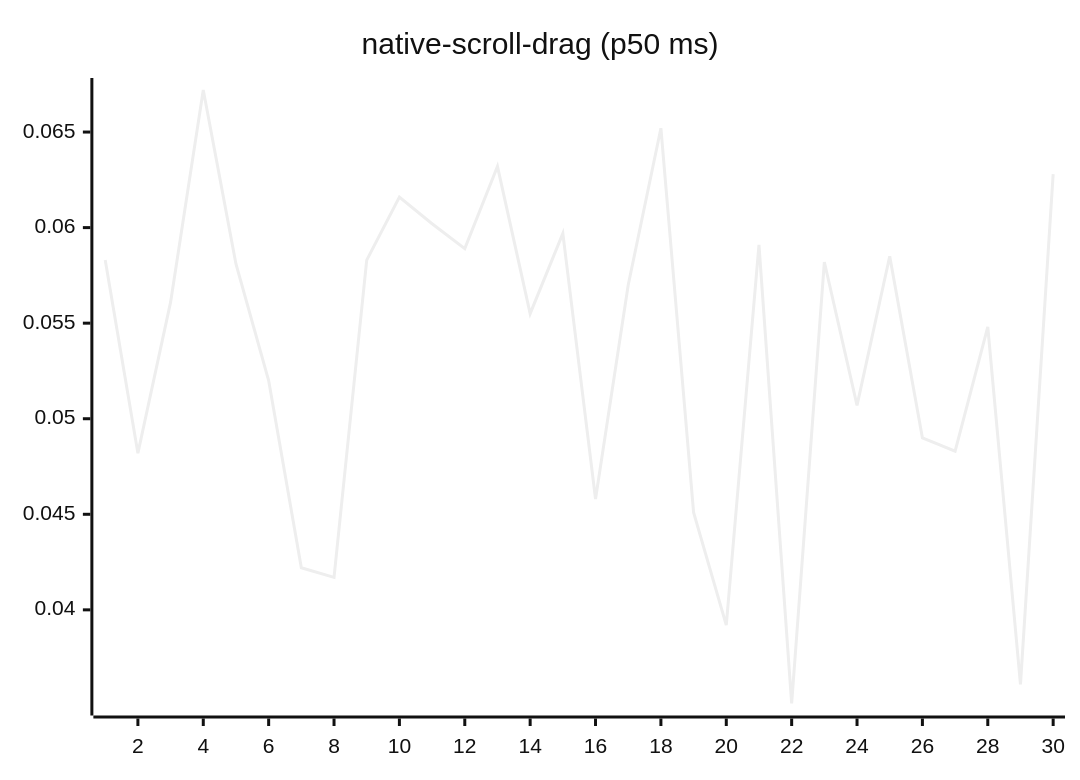
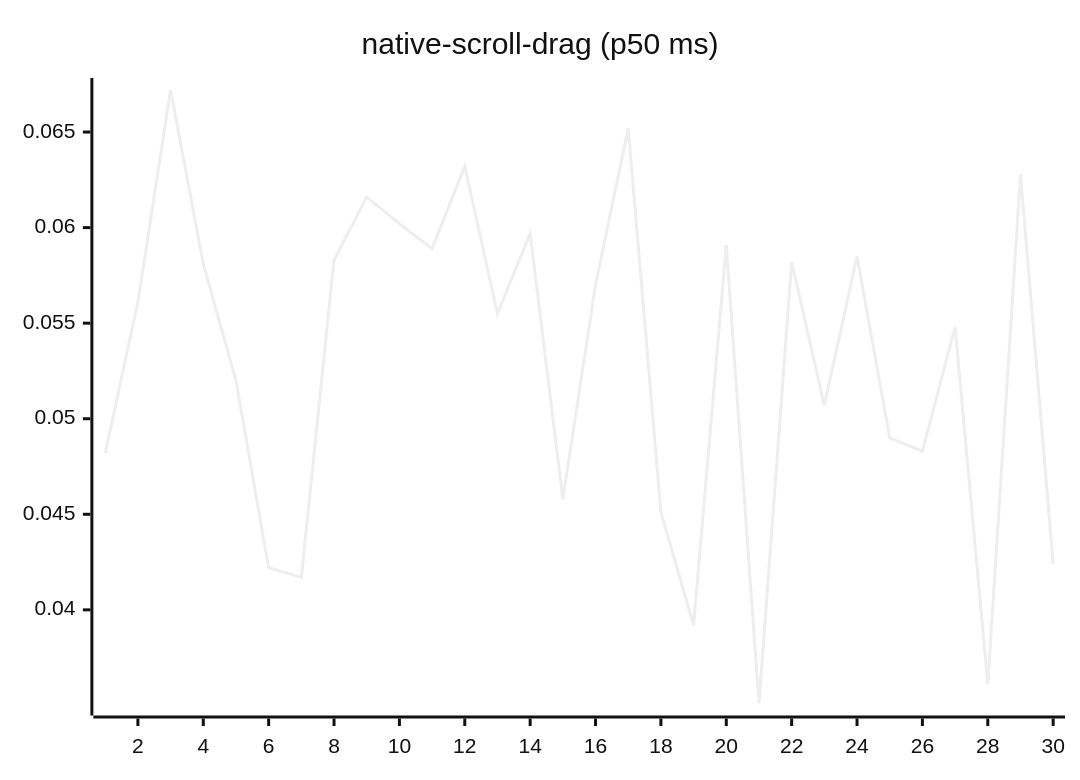
Before and after one commit to josha/Facet: diagram 14 of 27 in README.md, drawn with Mermaid (neutral theme). The commit also changed other lines of this file and 2 other files, not shown here.

````diff
--- a/README.md
+++ b/README.md
@@ -154,6 +154,6 @@
 ```mermaid
 xychart-beta
     title "native-scroll-drag (p50 ms)"
     x-axis 1 --> 30
-    line [0.0583, 0.0482, 0.0561, 0.0672, 0.0581, 0.0520, 0.0422, 0.0417, 0.0583, 0.0616, 0.0602, 0.0589, 0.0632, 0.0555, 0.0597, 0.0458, 0.0570, 0.0652, 0.0451, 0.0392, 0.0591, 0.0351, 0.0582, 0.0507, 0.0585, 0.0490, 0.0483, 0.0548, 0.0361, 0.0628]
+    line [0.0482, 0.0561, 0.0672, 0.0581, 0.0520, 0.0422, 0.0417, 0.0583, 0.0616, 0.0602, 0.0589, 0.0632, 0.0555, 0.0597, 0.0458, 0.0570, 0.0652, 0.0451, 0.0392, 0.0591, 0.0351, 0.0582, 0.0507, 0.0585, 0.0490, 0.0483, 0.0548, 0.0361, 0.0628, 0.0424]
 ```
````
